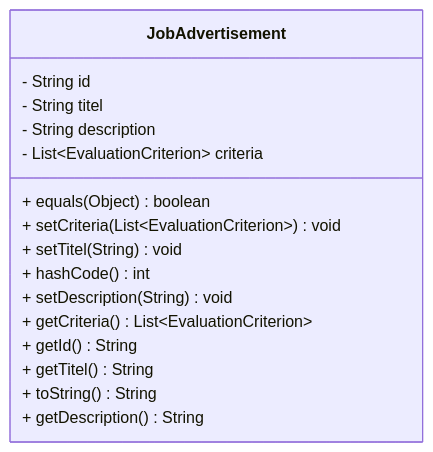
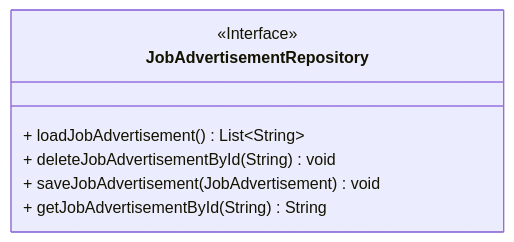
One commit to Jstn2004/ASE-Applicant-Tracking-System changed diagram 15 of 20 in docs/programmentwurf.md. Above: the diagram before and after it, drawn with Mermaid. The commit also changed other lines of this file and 14 other files, not shown here.

````diff
--- a/docs/programmentwurf.md
+++ b/docs/programmentwurf.md
@@ -635,20 +670,13 @@
 ```mermaid
 classDiagram
-direction BT
-class JobAdvertisement {
-  - String id
-  - String titel
-  - String description
-  - List~EvaluationCriterion~ criteria
-  + equals(Object) boolean
-  + setCriteria(List~EvaluationCriterion~) void
-  + setTitel(String) void
-  + hashCode() int
-  + setDescription(String) void
-  + getCriteria() List~EvaluationCriterion~
-  + getId() String
-  + getTitel() String
-  + toString() String
-  + getDescription() String
-}
+  direction BT
+  class JobAdvertisementRepository {
+    <<Interface>>
+    + loadJobAdvertisement() List~String~
+    + deleteJobAdvertisementById(String) void
+    + saveJobAdvertisement(JobAdvertisement) void
+    + getJobAdvertisementById(String) String
+  }
+
+
 ```
````
